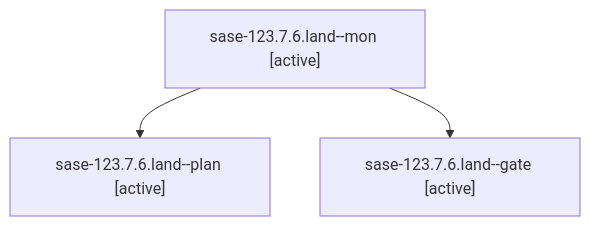
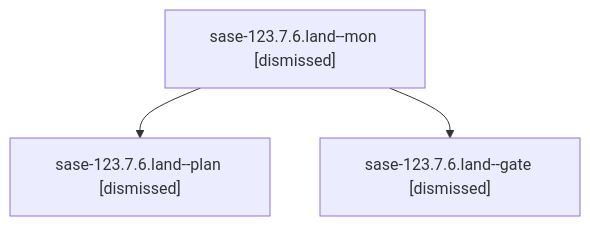
Before and after one commit to sase-org/sase--agents: the diagram in sessions/bbugyi200.athena.sase-123.7.6.land.md, drawn with Mermaid. The commit also changed other lines of this file and 306 other files, not shown here.

````diff
--- a/sessions/bbugyi200.athena.sase-123.7.6.land.md
+++ b/sessions/bbugyi200.athena.sase-123.7.6.land.md
@@ -9,8 +9,8 @@
 ```mermaid
 flowchart TD
-  n0["sase-123.7.6.land--mon [active]"]
-  n1["sase-123.7.6.land--plan [active]"]
+  n0["sase-123.7.6.land--mon [dismissed]"]
+  n1["sase-123.7.6.land--plan [dismissed]"]
   n0 --> n1
-  n2["sase-123.7.6.land--gate [active]"]
+  n2["sase-123.7.6.land--gate [dismissed]"]
   n0 --> n2
 ```
````
